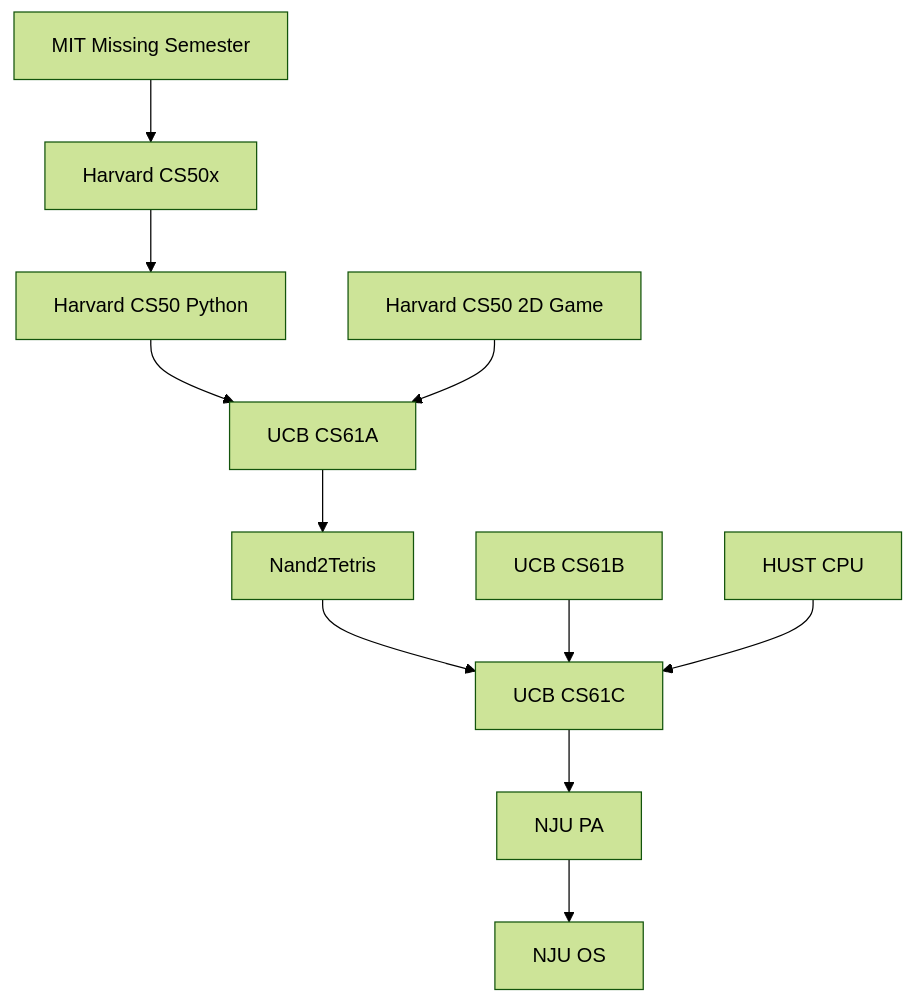
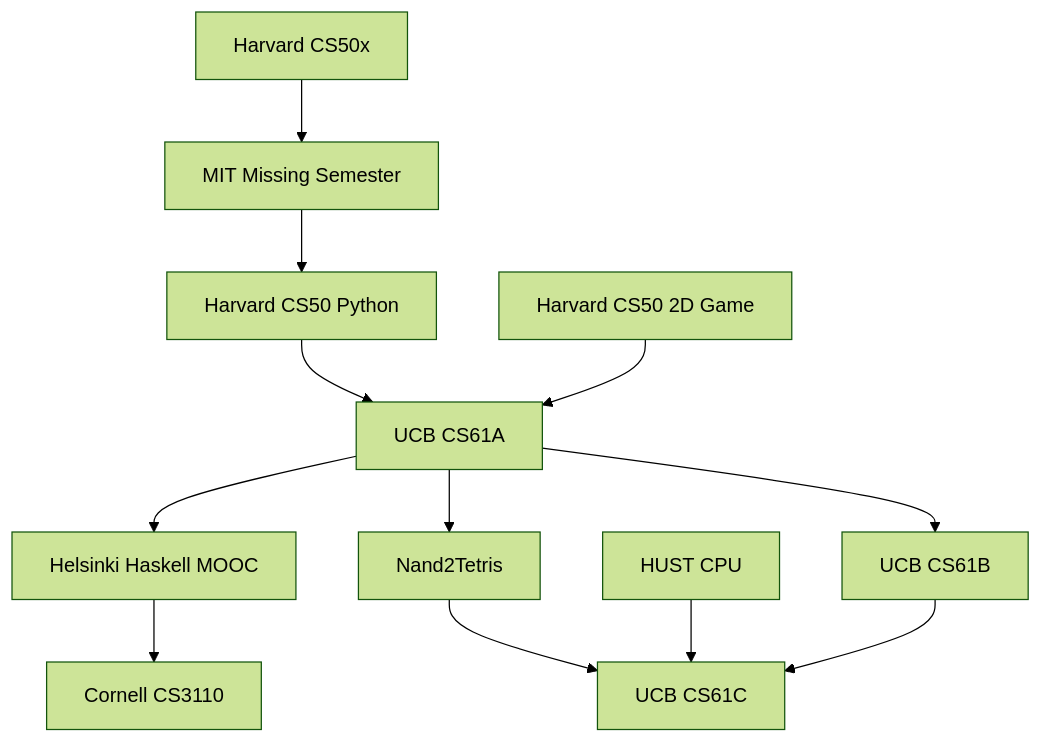
One commit to csfive/home changed the diagram in README.md. Above: the diagram before and after it, drawn with Mermaid (forest theme). The commit also changed 3 other files, not shown here.

````diff
--- a/README.md
+++ b/README.md
@@ -5,18 +5,19 @@
 ```mermaid
 flowchart TD
-      A[MIT Missing Semester] --> B[Harvard CS50x]
+      A[Harvard CS50x] --> B[MIT Missing Semester]
 
       B --> C[Harvard CS50 Python]
 
       C --> E[UCB CS61A]
       D[Harvard CS50 2D Game] --> E
 
-      E --> F[Nand2Tetris]
+      E --> Z[Helsinki Haskell MOOC]
+      Z --> Y[Cornell CS3110]
 
-      F --> J[UCB CS61C]
-      G[UCB CS61B] --> J
-      H[HUST CPU] --> J
+      E --> F[UCB CS61B]
+      E --> I[Nand2Tetris]
 
-      J --> K[NJU PA]
-      K --> L[NJU OS]
+      I --> H[UCB CS61C]
+      G[HUST CPU] --> H
+      F --> H
 ```
````
